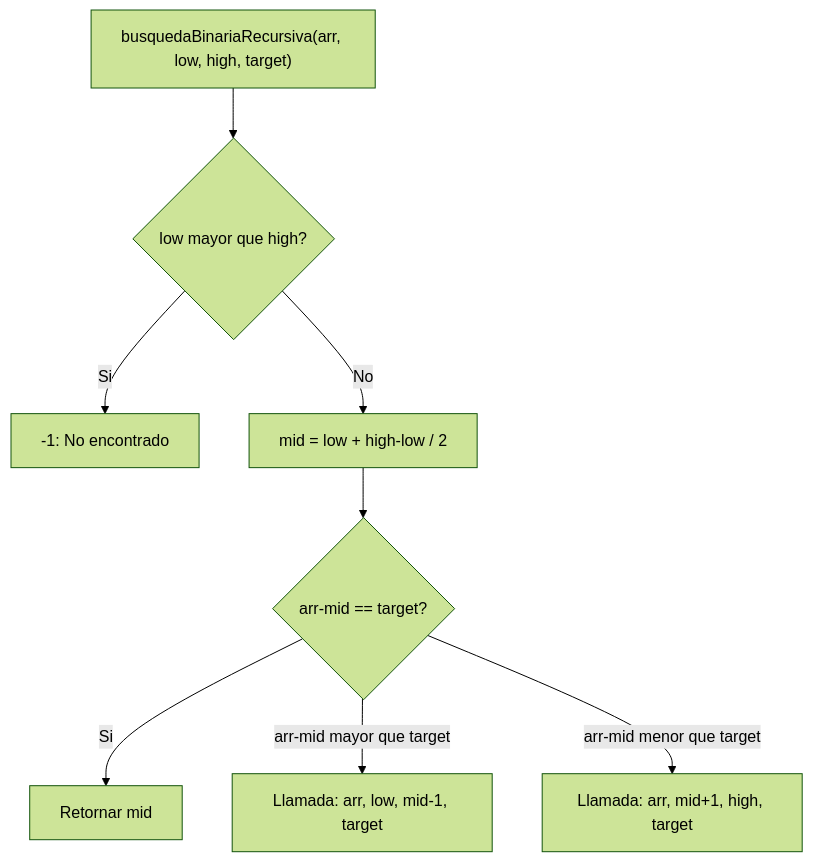
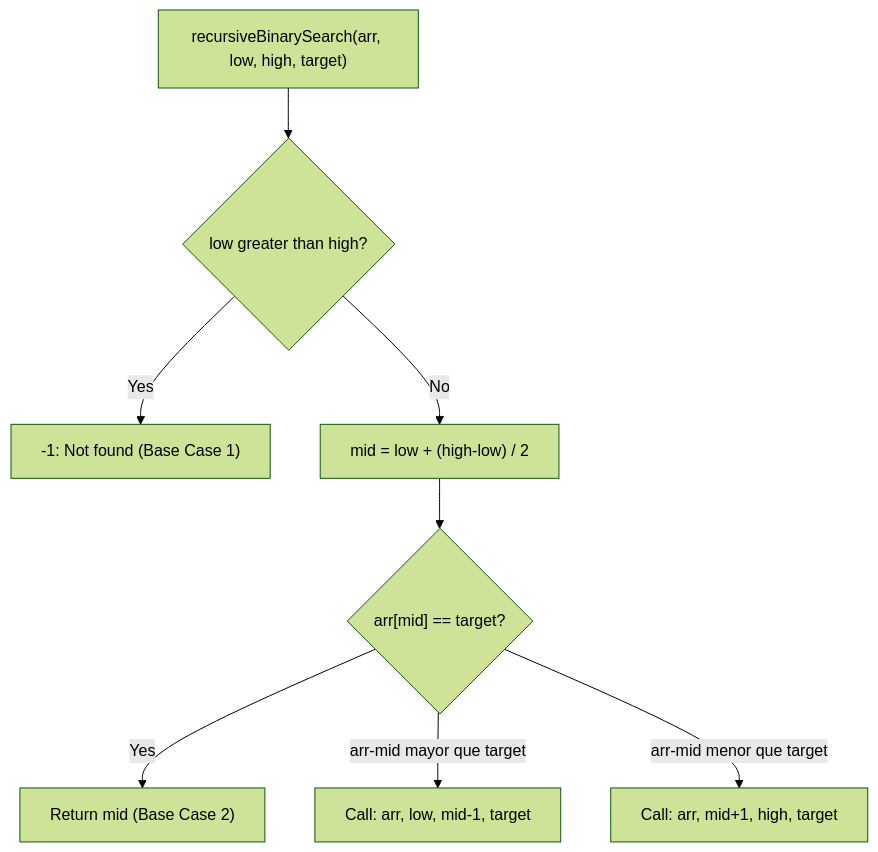
Before and after one commit to MiniLux0/LearningCpp: the second of 3 diagrams in 05_RecursionAlgorithms/theory/L35_LinearBinarySearch.md, drawn with Mermaid (forest theme). The commit also changed other lines of this file and 13 other files, not shown here.

Commit message:
Refactor Section 05: English translation & programmatic SVG algorithmic diagrams

````diff
--- a/05_RecursionAlgorithms/theory/L35_LinearBinarySearch.md
+++ b/05_RecursionAlgorithms/theory/L35_LinearBinarySearch.md
@@ -99,11 +92,11 @@
 ```mermaid
 graph TD
-    CALL["busquedaBinariaRecursiva(arr, low, high, target)"]
-    CALL --> CHECK1{"low mayor que high?"}
-    CHECK1 -->|Si| BASE1["-1: No encontrado"]
-    CHECK1 -->|No| MID["mid = low + high-low / 2"]
-    MID --> CHECK2{"arr-mid == target?"}
-    CHECK2 -->|Si| BASE2["Retornar mid"]
-    CHECK2 -->|"arr-mid mayor que target"| RECURSE_L["Llamada: arr, low, mid-1, target"]
-    CHECK2 -->|"arr-mid menor que target"| RECURSE_R["Llamada: arr, mid+1, high, target"]
+    CALL["recursiveBinarySearch(arr, low, high, target)"]
+    CALL --> CHECK1{"low greater than high?"}
+    CHECK1 -->|Yes| BASE1["-1: Not found (Base Case 1)"]
+    CHECK1 -->|No| MID["mid = low + (high-low) / 2"]
+    MID --> CHECK2{"arr[mid] == target?"}
+    CHECK2 -->|Yes| BASE2["Return mid (Base Case 2)"]
+    CHECK2 -->|"arr-mid mayor que target"| RECURSE_L["Call: arr, low, mid-1, target"]
+    CHECK2 -->|"arr-mid menor que target"| RECURSE_R["Call: arr, mid+1, high, target"]
 ```
````
